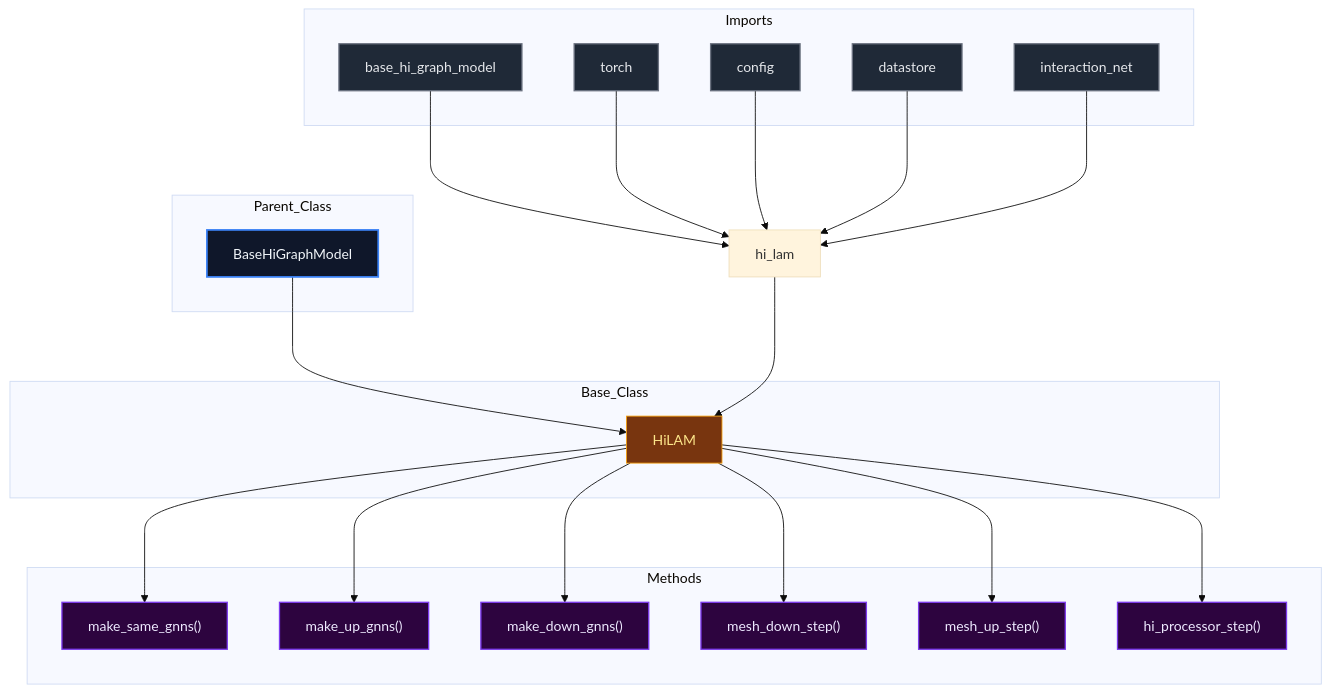
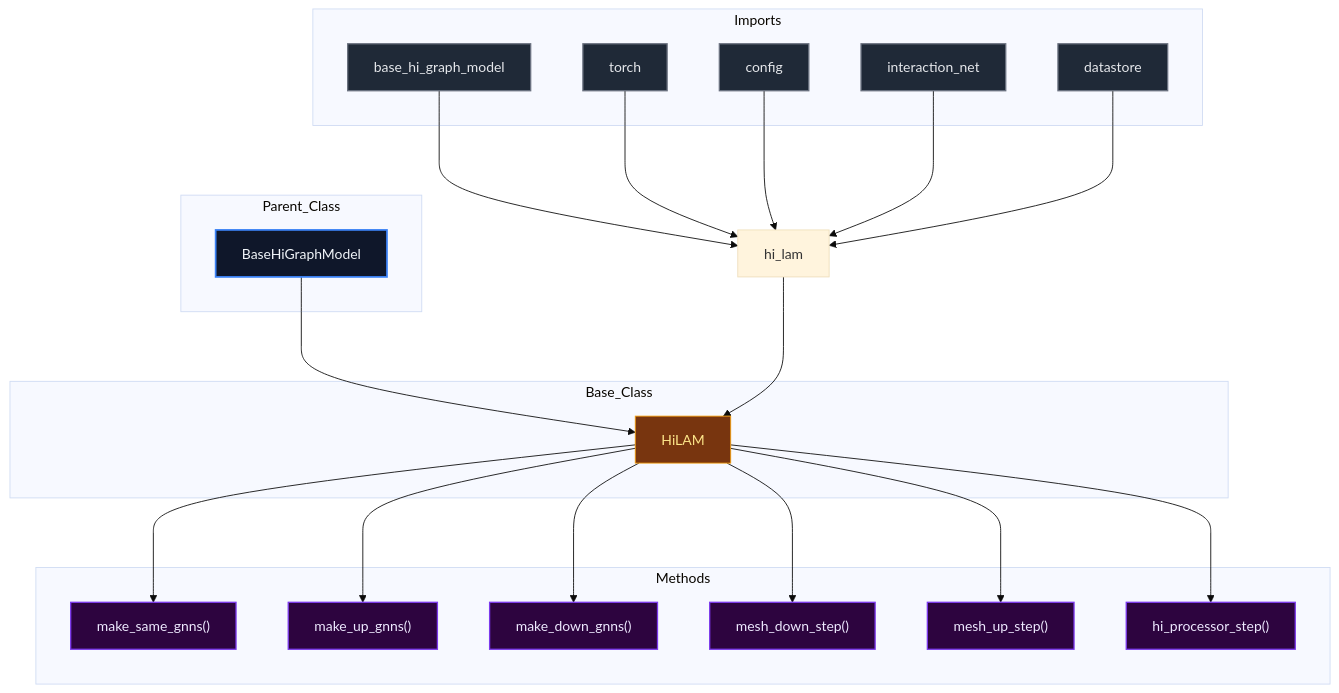
The diagram in docs/diagrams/hi_lam_diagram.md (mllam/neural-lam), drawn with Mermaid (base theme) before and after one commit. The commit also changed 19 other files, not shown here.

Commit message:
Auto-update Mermaid diagrams

````diff
--- a/docs/diagrams/hi_lam_diagram.md
+++ b/docs/diagrams/hi_lam_diagram.md
@@ -1,58 +1,58 @@
 ```mermaid
 %%{init: {'flowchart': {'nodeSpacing': 60, 'rankSpacing': 80}}}%%
 flowchart TD
 
 module["hi_lam"]
 
 subgraph Parent_Class
     BaseHiGraphModel["BaseHiGraphModel"]
 end
 
 subgraph Base_Class
     HiLAM["HiLAM"]
 end
 
     BaseHiGraphModel --> HiLAM
 
 subgraph Imports
     base_hi_graph_model["base_hi_graph_model"]
     torch["torch"]
     config["config"]
+    interaction_net["interaction_net"]
     datastore["datastore"]
-    interaction_net["interaction_net"]
 end
 
     base_hi_graph_model --> module
     torch --> module
     config --> module
+    interaction_net --> module
     datastore --> module
-    interaction_net --> module
     module --> HiLAM
 
 subgraph Methods
     HiLAM_make_same_gnns["make_same_gnns()"]
     HiLAM_make_up_gnns["make_up_gnns()"]
     HiLAM_make_down_gnns["make_down_gnns()"]
     HiLAM_mesh_down_step["mesh_down_step()"]
     HiLAM_mesh_up_step["mesh_up_step()"]
     HiLAM_hi_processor_step["hi_processor_step()"]
 end
 
     HiLAM --> HiLAM_make_same_gnns
     HiLAM --> HiLAM_make_up_gnns
     HiLAM --> HiLAM_make_down_gnns
     HiLAM --> HiLAM_mesh_down_step
     HiLAM --> HiLAM_mesh_up_step
     HiLAM --> HiLAM_hi_processor_step
 
 classDef parent fill:#0f172a,stroke:#3b82f6,stroke-width:2px,color:#f1f5f9,font-size:16px
 classDef base fill:#78350f,stroke:#f59e0b,stroke-width:1px,color:#fde68a,font-size:16px
 classDef import fill:#1f2937,stroke:#6b7280,stroke-width:1.5px,color:#e5e7eb,font-size:16px
 classDef method fill:#2d043f,stroke:#7c3aed,stroke-width:1.5px,color:#ede9fe,font-size:16px
 classDef callNode fill:#064e3b,stroke:#10b981,stroke-width:1.5px,color:#d1fae5,font-size:16px
 class BaseHiGraphModel parent
 class HiLAM base
-class base_hi_graph_model,torch,config,datastore,interaction_net import
+class base_hi_graph_model,torch,config,interaction_net,datastore import
 class HiLAM_make_same_gnns,HiLAM_make_up_gnns,HiLAM_make_down_gnns,HiLAM_mesh_down_step,HiLAM_mesh_up_step,HiLAM_hi_processor_step method
 
 ```
````
